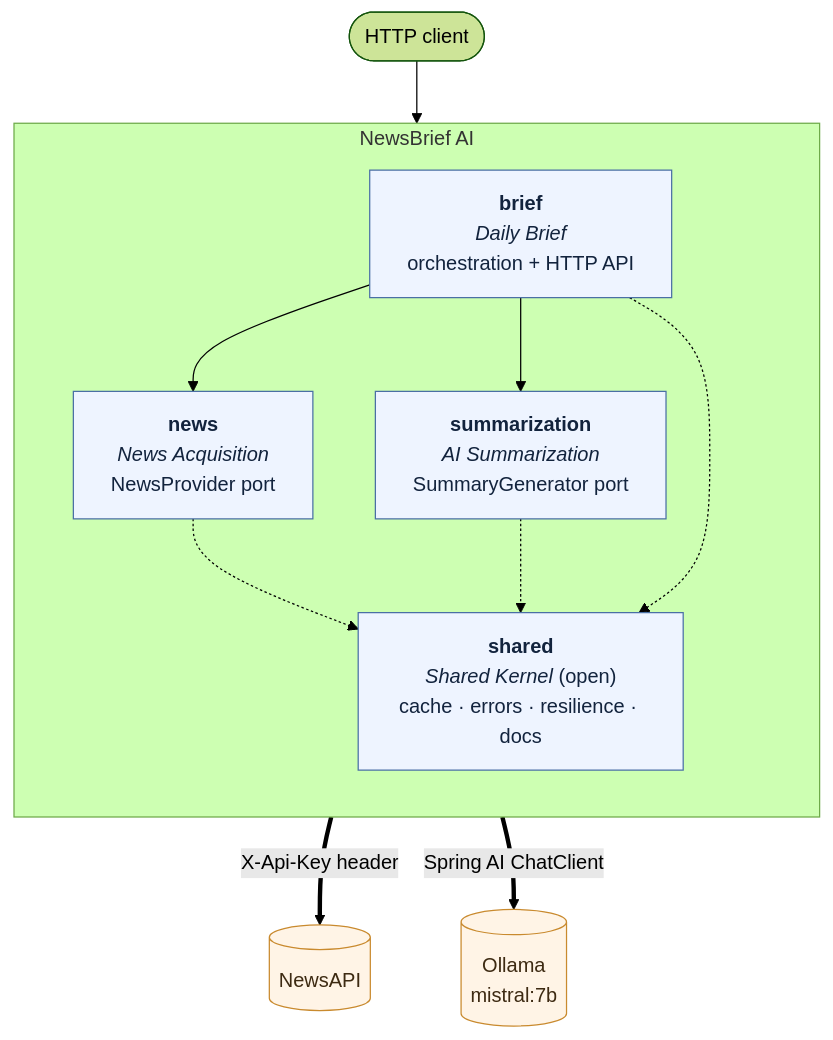
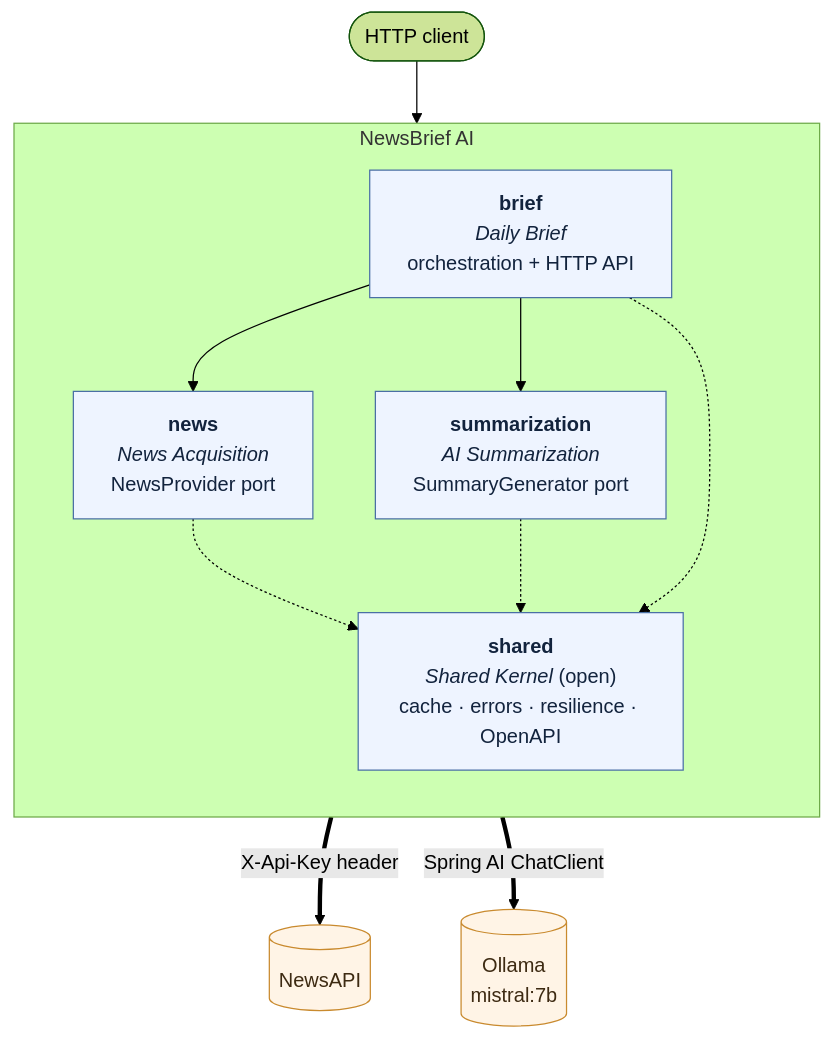
The diagram in README.md (arthurd3/deailynews_ai), drawn with Mermaid (forest theme) before and after one commit. The commit also changed other lines of this file and 14 other files, not shown here.

````diff
--- a/README.md
+++ b/README.md
@@ -60,25 +60,25 @@
 ```mermaid
 flowchart TB
     subgraph app["NewsBrief AI"]
         direction TB
         brief["<b>brief</b><br/><i>Daily Brief</i><br/>orchestration + HTTP API"]
         news["<b>news</b><br/><i>News Acquisition</i><br/>NewsProvider port"]
         summ["<b>summarization</b><br/><i>AI Summarization</i><br/>SummaryGenerator port"]
-        shared["<b>shared</b><br/><i>Shared Kernel</i> (open)<br/>cache · errors · resilience · docs"]
+        shared["<b>shared</b><br/><i>Shared Kernel</i> (open)<br/>cache · errors · resilience · OpenAPI"]
     end
 
     client(["HTTP client"]) --> brief
     brief --> news
     brief --> summ
     news -.-> shared
     summ -.-> shared
     brief -.-> shared
 
     news ==>|"X-Api-Key header"| newsapi[("NewsAPI")]
     summ ==>|"Spring AI ChatClient"| ollama[("Ollama<br/>mistral:7b")]
 
     classDef module fill:#eef4ff,stroke:#4a6fa5,stroke-width:1px,color:#12233d
     classDef ext fill:#fff4e6,stroke:#c98a2e,stroke-width:1px,color:#3d2a12
     class brief,news,summ,shared module
     class newsapi,ollama ext
 ```
````
